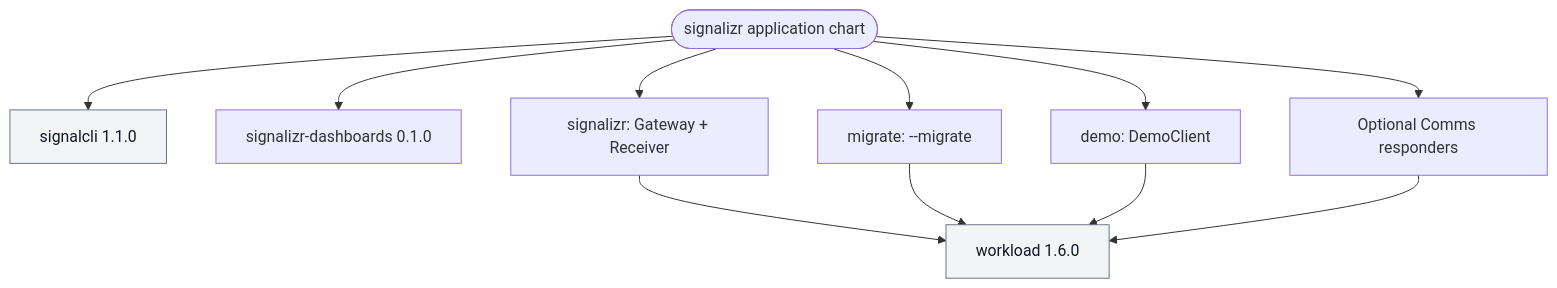
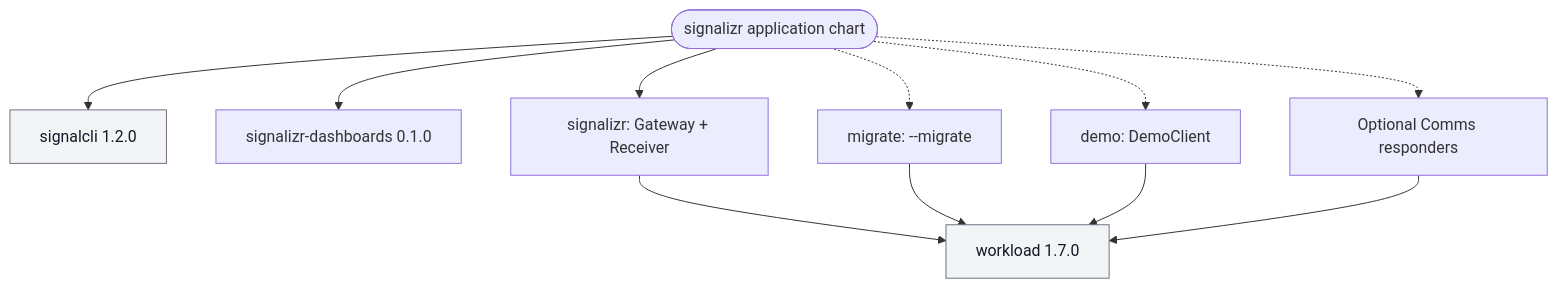
Before and after one commit to f2calv/signalizr: the diagram in charts/signalizr/README.md, drawn with Mermaid. The commit also changed other lines of this file and 11 other files, not shown here.

First line of the commit message:
feat(release): align packages and gate chart migrations

````diff
--- a/charts/signalizr/README.md
+++ b/charts/signalizr/README.md
@@ -58,17 +56,18 @@
 ```mermaid
 graph TD
     ROOT([signalizr application chart])
-    WRAPPER["signalcli 1.1.0"]
-    WORKLOAD["workload 1.6.0"]
+    WRAPPER["signalcli 1.2.0"]
+    WORKLOAD["workload 1.7.0"]
     DASH["signalizr-dashboards 0.1.0"]
     GATEWAY["signalizr: Gateway + Receiver"]
     MIGRATOR["migrate: --migrate"]
     DEMO["demo: DemoClient"]
     RESPONDER["Optional Comms responders"]
     ROOT --> WRAPPER
     ROOT --> DASH
-    ROOT --> GATEWAY & MIGRATOR & DEMO & RESPONDER
+    ROOT --> GATEWAY
+    ROOT -.-> MIGRATOR & DEMO & RESPONDER
     GATEWAY & MIGRATOR & DEMO & RESPONDER --> WORKLOAD
     classDef external fill:#f3f4f6,stroke:#6b7280,color:#111827
     class WRAPPER,WORKLOAD external
 ```
````
